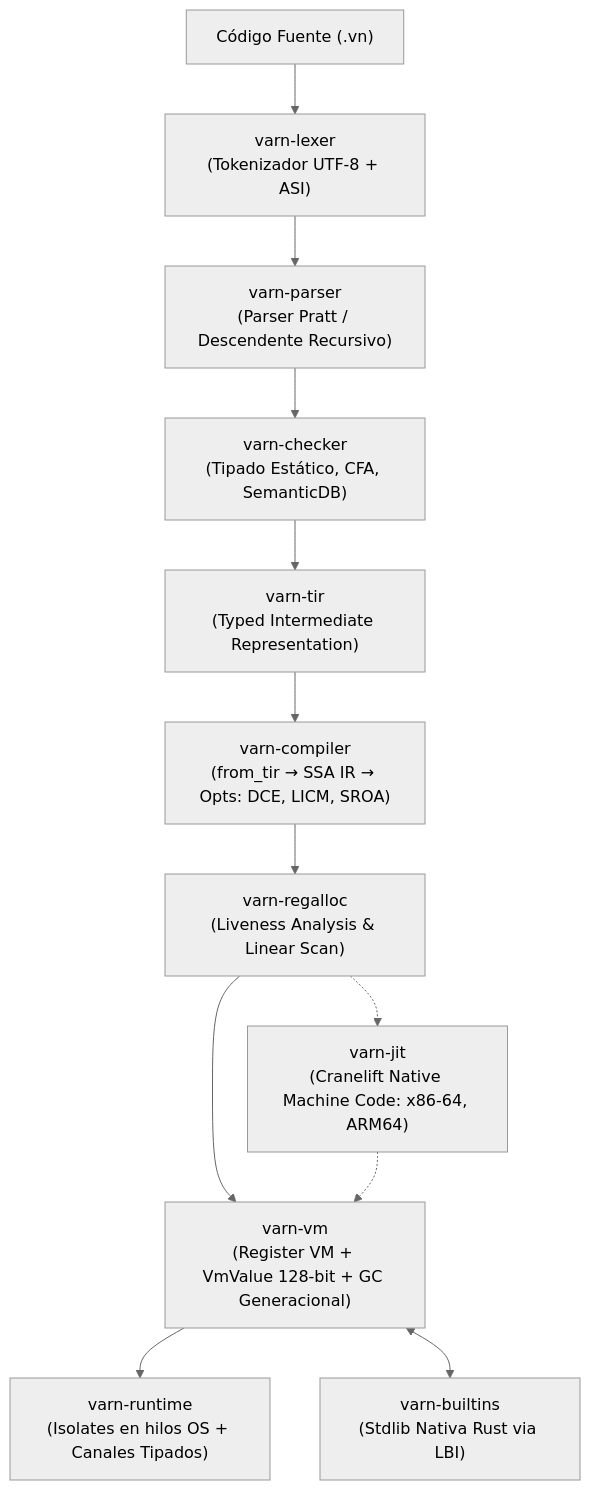
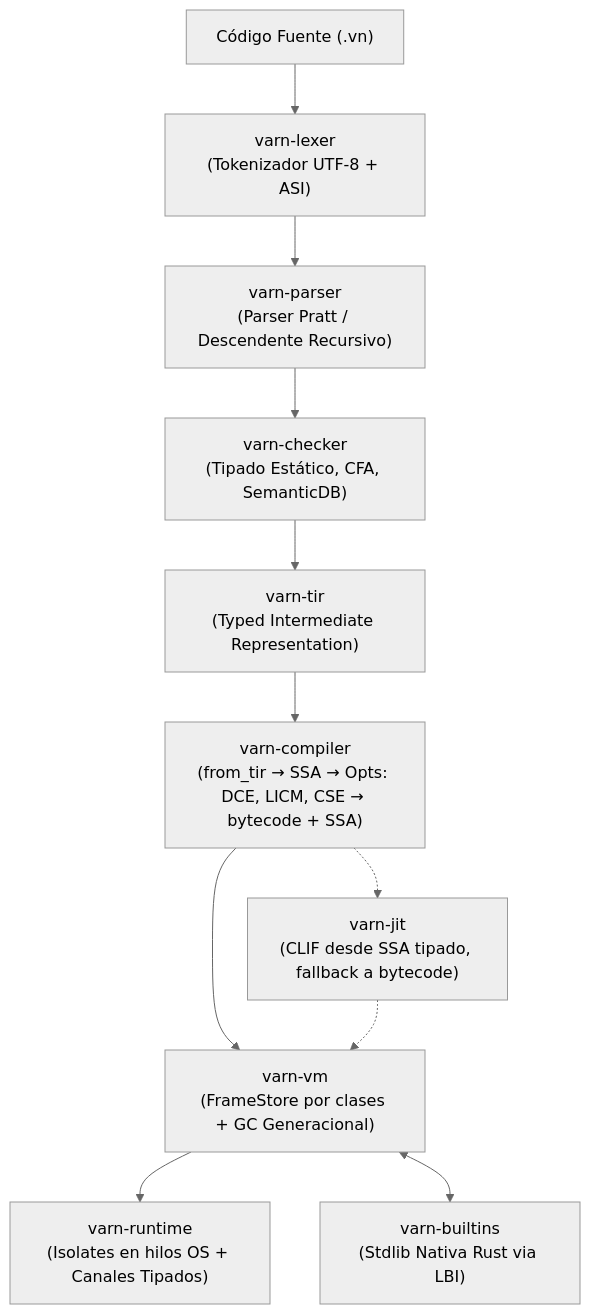
One commit to carlos-burelo/varn changed the diagram in README.md. Above: the diagram before and after it, drawn with Mermaid (neutral theme). The commit also changed other lines of this file and 7 other files, not shown here.

````diff
--- a/README.md
+++ b/README.md
@@ -121,14 +121,13 @@
 ```mermaid
 flowchart TD
     A["Código Fuente (.vn)"] --> B["varn-lexer\n(Tokenizador UTF-8 + ASI)"]
     B --> C["varn-parser\n(Parser Pratt / Descendente Recursivo)"]
     C --> D["varn-checker\n(Tipado Estático, CFA, SemanticDB)"]
     D --> E["varn-tir\n(Typed Intermediate Representation)"]
-    E --> F["varn-compiler\n(from_tir → SSA IR → Opts: DCE, LICM, SROA)"]
-    F --> G["varn-regalloc\n(Liveness Analysis & Linear Scan)"]
-    G --> H["varn-vm\n(Register VM + VmValue 128-bit + GC Generacional)"]
-    G -.-> I["varn-jit\n(Cranelift Native Machine Code: x86-64, ARM64)"]
-    I -.-> H
-    H --> J["varn-runtime\n(Isolates en hilos OS + Canales Tipados)"]
-    H <--> K["varn-builtins\n(Stdlib Nativa Rust via LBI)"]
+    E --> F["varn-compiler\n(from_tir → SSA → Opts: DCE, LICM, CSE → bytecode + SSA)"]
+    F --> G["varn-vm\n(FrameStore por clases + GC Generacional)"]
+    F -.-> I["varn-jit\n(CLIF desde SSA tipado, fallback a bytecode)"]
+    I -.-> G
+    G --> J["varn-runtime\n(Isolates en hilos OS + Canales Tipados)"]
+    G <--> K["varn-builtins\n(Stdlib Nativa Rust via LBI)"]
 ```
````
